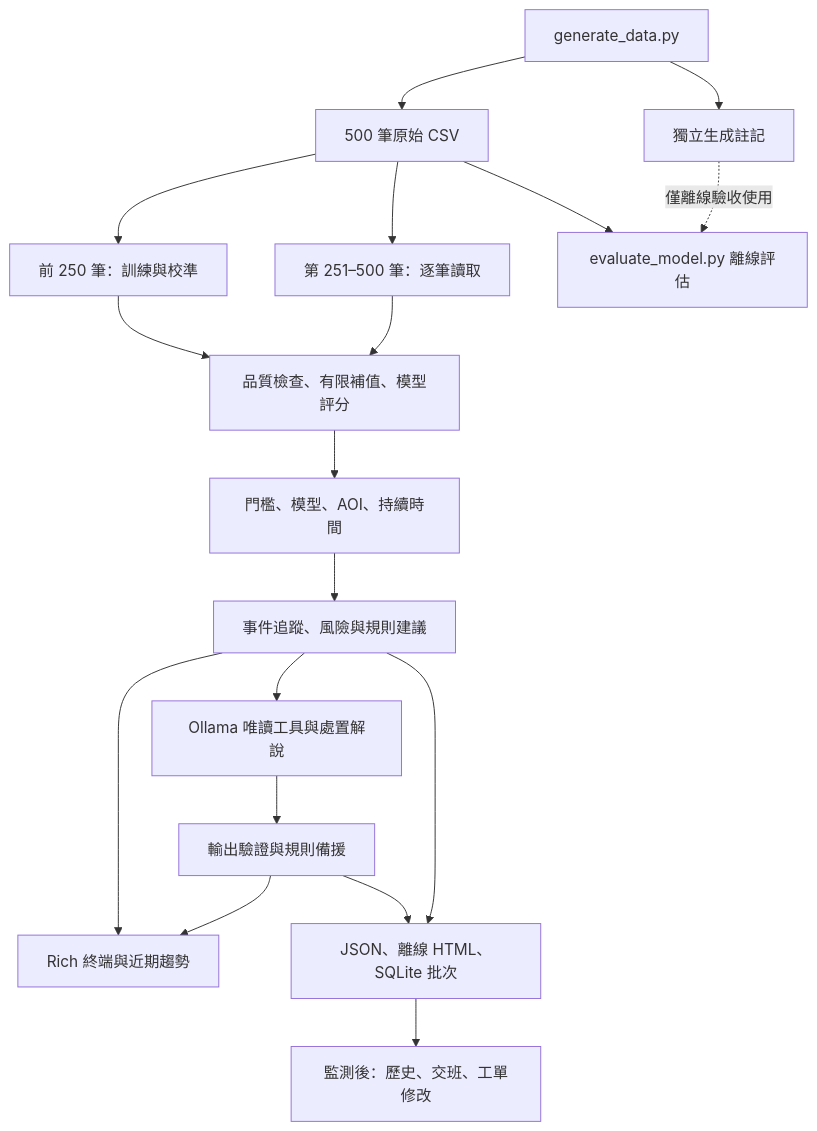
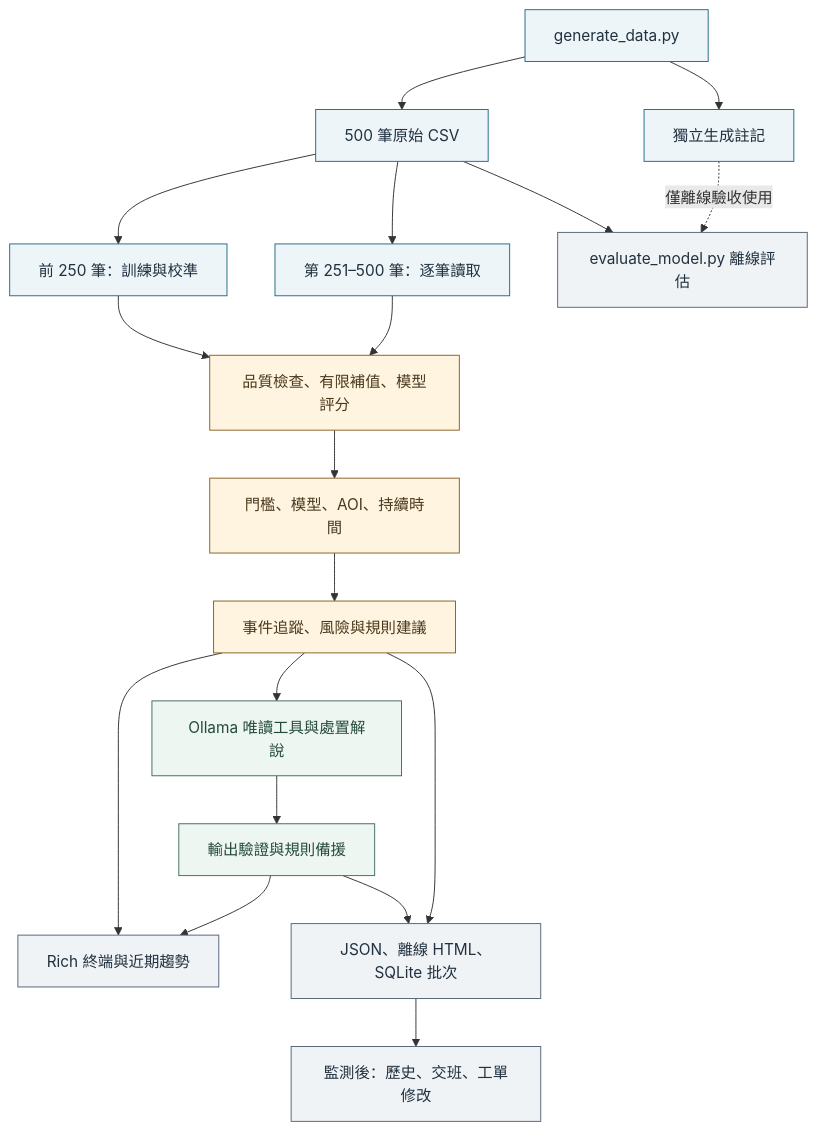
Before and after one commit to alanhsu0531/-Pegatron-Smart-Factory-Alert-Agent: the diagram in README.md, drawn with Mermaid. The commit also changed other lines of this file and 4 other files, not shown here.

````diff
--- a/README.md
+++ b/README.md
@@ -175,20 +208,28 @@
 ```mermaid
 flowchart TD
     G[generate_data.py] --> C[500 筆原始 CSV]
     G --> M[獨立生成註記]
     C --> I[前 250 筆：訓練與校準]
     C --> S[第 251–500 筆：逐筆讀取]
     I --> D[品質檢查、有限補值、模型評分]
     S --> D
     D --> R[門檻、模型、AOI、持續時間]
     R --> E[事件追蹤、風險與規則建議]
     E --> T[Rich 終端與近期趨勢]
     E --> L[Ollama 唯讀工具與處置解說]
     L --> V[輸出驗證與規則備援]
     V --> T
     E --> O[JSON、離線 HTML、SQLite 批次]
     V --> O
     O --> Q[監測後：歷史、交班、工單修改]
     C --> A[evaluate_model.py 離線評估]
     M -. 僅離線驗收使用 .-> A
+    classDef source fill:#edf5f8,stroke:#236c86,color:#21313f
+    classDef decision fill:#fff4df,stroke:#8a6126,color:#4a391d
+    classDef localAI fill:#edf6f1,stroke:#426e5f,color:#254b3d
+    classDef record fill:#f0f3f6,stroke:#556579,color:#21313f
+    class G,C,M,I,S source
+    class D,R,E decision
+    class L,V localAI
+    class T,O,Q,A record
 ```
````
